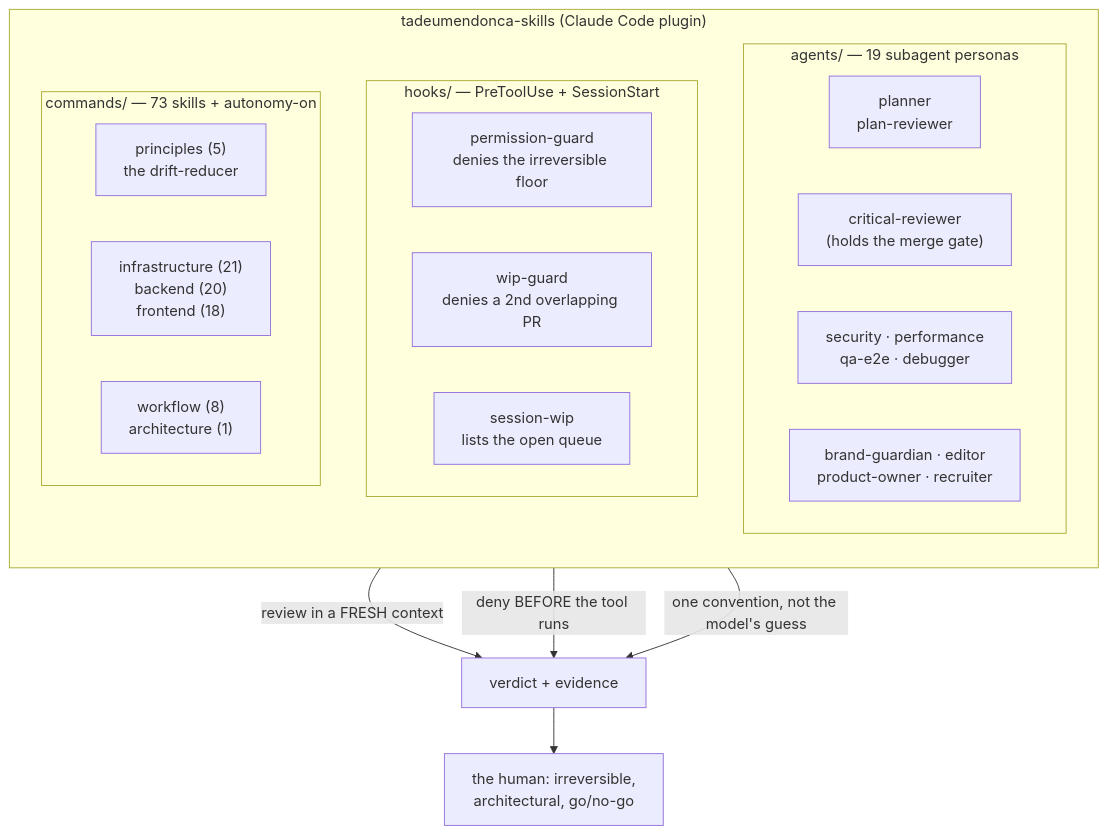
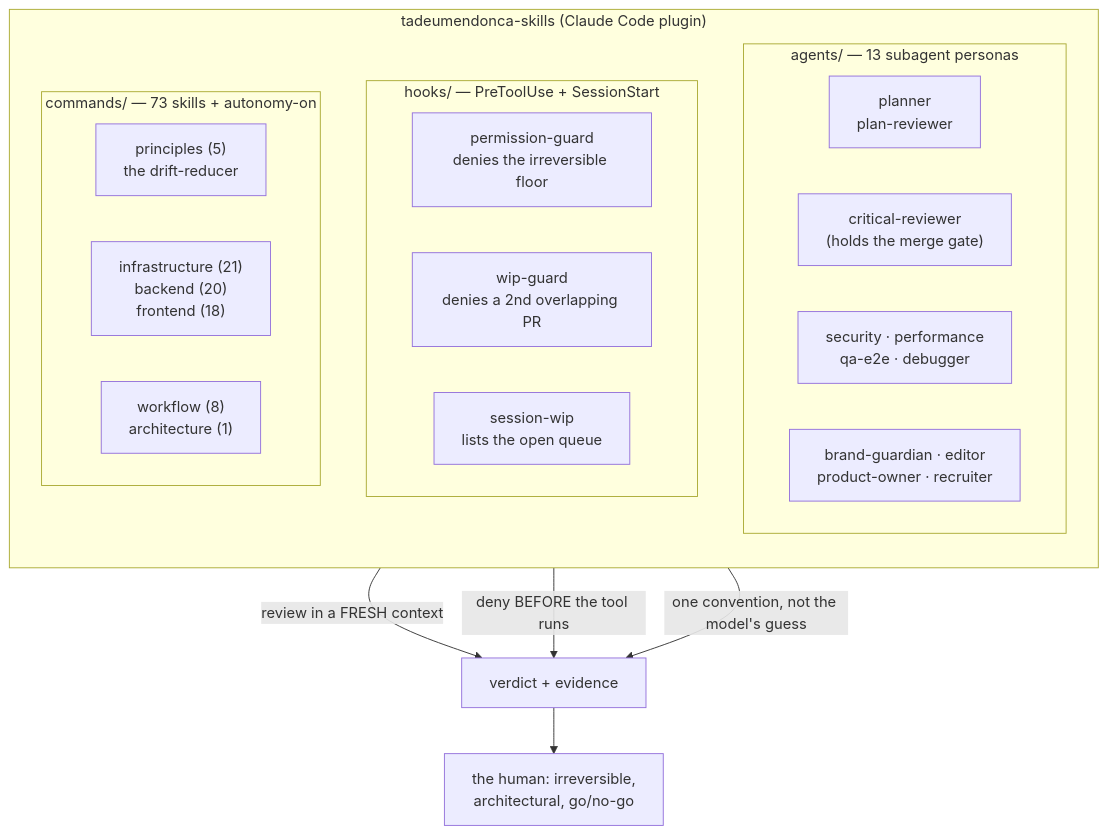
One commit to tedeuxx/tadeumendonca-skills changed the diagram in README.md. Above: the diagram before and after it, drawn with Mermaid. The commit also changed 26 other files, not shown here.

First line of the commit message:
process: the roster matched an org chart, not the failures — 19 personas to 13

````diff
--- a/README.md
+++ b/README.md
@@ -52,33 +52,33 @@
 ```mermaid
 flowchart TB
   subgraph plugin["tadeumendonca-skills (Claude Code plugin)"]
     direction TB
 
-    subgraph personas["agents/ — 19 subagent personas"]
+    subgraph personas["agents/ — 13 subagent personas"]
       direction LR
       P1["planner<br/>plan-reviewer"]
       P2["critical-reviewer<br/>(holds the merge gate)"]
       P3["security · performance<br/>qa-e2e · debugger"]
       P4["brand-guardian · editor<br/>product-owner · recruiter"]
     end
 
     subgraph hooks["hooks/ — PreToolUse + SessionStart"]
       direction LR
       H1["permission-guard<br/>denies the irreversible floor"]
       H2["wip-guard<br/>denies a 2nd overlapping PR"]
       H3["session-wip<br/>lists the open queue"]
     end
 
     subgraph skills["commands/ — 73 skills + autonomy-on"]
       direction LR
       S1["principles (5)<br/>the drift-reducer"]
       S2["infrastructure (21)<br/>backend (20)<br/>frontend (18)"]
       S3["workflow (8)<br/>architecture (1)"]
     end
   end
 
   personas -->|"review in a FRESH context"| verdict["verdict + evidence"]
   hooks -->|"deny BEFORE the tool runs"| verdict
   skills -->|"one convention, not the model's guess"| verdict
   verdict --> human["the human: irreversible,<br/>architectural, go/no-go"]
 ```
````
